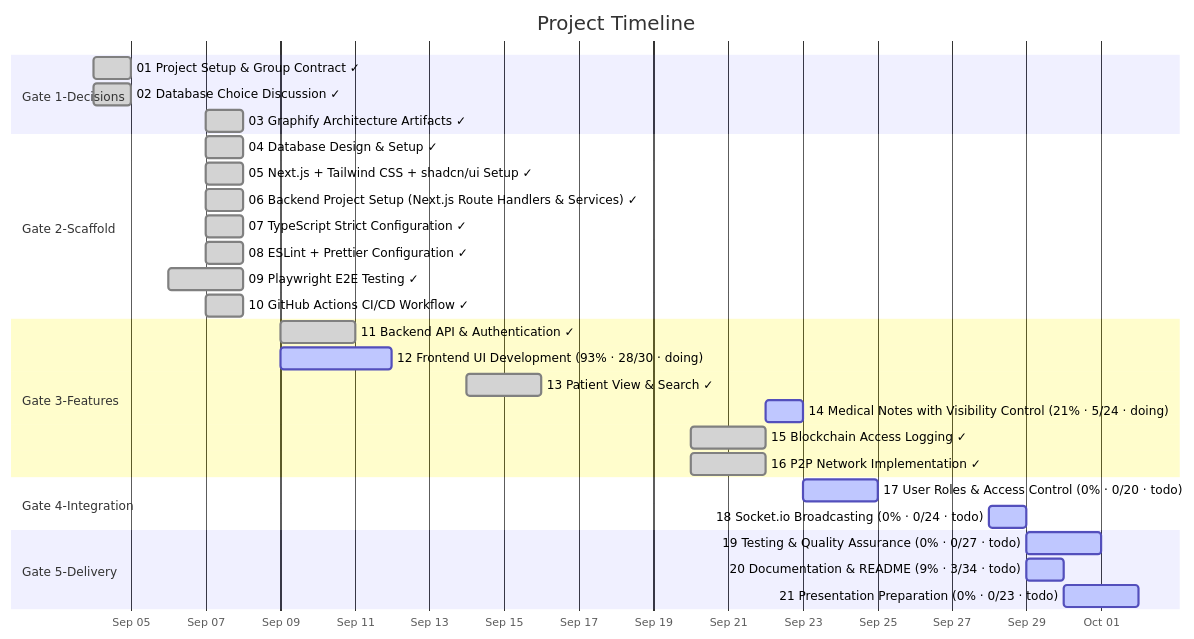
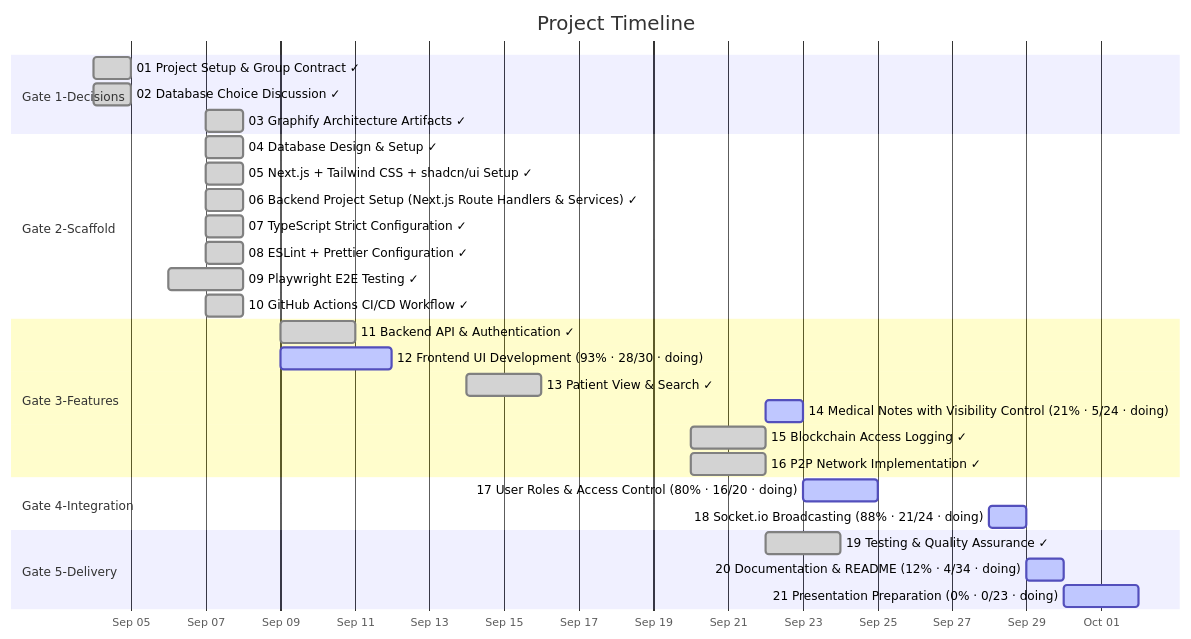
One commit to matdevstamp/inl-3-awesome-journal changed the diagram in docs/diagrams/task-gantt.md. Above: the diagram before and after it, drawn with Mermaid. The commit also changed other lines of this file and 1 other file, not shown here.

Commit message:
docs: regenerate task diagrams after status updates
Task 17 was marked DOING but the diagrams still showed it as 0% / todo
because they were generated before the merge brought in the newer task
metadata. Same for 18, 19, 20 and 21.

Regenerated with:
  python3 -m project_management plan gantt --output docs/diagrams/task-gantt.md
  python3 -m project_management plan graph --output docs/diagrams/task-dependencies.md

17: 0% -> 80% (16/20, doing)
18: 0% -> 88% (21/24, doing)
19: 0% -> done
20: 9% -> 12%
21: 0% (23 unchecked, correct: the presentation has not happened)

The pako mermaid.live links round-trip the new content, so the links and the
diagrams stay in sync.

````diff
--- a/docs/diagrams/task-gantt.md
+++ b/docs/diagrams/task-gantt.md
@@ -27,33 +27,33 @@
 ```mermaid
 gantt
     title Project Timeline
     dateFormat  YYYY-MM-DD
     axisFormat  %b %d
 
     section Gate 1-Decisions
     01 Project Setup & Group Contract ✓ : done, 2026-09-04, 1d
     02 Database Choice Discussion ✓ : done, 2026-09-04, 1d
     03 Graphify Architecture Artifacts ✓ : done, 2026-09-07, 1d
     section Gate 2-Scaffold
     04 Database Design & Setup ✓ : done, 2026-09-07, 1d
     05 Next.js + Tailwind CSS + shadcn/ui Setup ✓ : done, 2026-09-07, 1d
     06 Backend Project Setup (Next.js Route Handlers & Services) ✓ : done, 2026-09-07, 1d
     07 TypeScript Strict Configuration ✓ : done, 2026-09-07, 1d
     08 ESLint + Prettier Configuration ✓ : done, 2026-09-07, 1d
     09 Playwright E2E Testing ✓ : done, 2026-09-06, 2d
     10 GitHub Actions CI/CD Workflow ✓ : done, 2026-09-07, 1d
     section Gate 3-Features
     11 Backend API & Authentication ✓ : done, 2026-09-09, 2d
     12 Frontend UI Development (93% · 28/30 · doing) : active, 2026-09-09, 3d
     13 Patient View & Search ✓ : done, 2026-09-14, 2d
     14 Medical Notes with Visibility Control (21% · 5/24 · doing) : active, 2026-09-22, 1d
     15 Blockchain Access Logging ✓ : done, 2026-09-20, 2d
     16 P2P Network Implementation ✓ : done, 2026-09-20, 2d
     section Gate 4-Integration
-    17 User Roles & Access Control (0% · 0/20 · todo) : active, 2026-09-23, 2d
-    18 Socket.io Broadcasting (0% · 0/24 · todo) : active, 2026-09-28, 1d
+    17 User Roles & Access Control (80% · 16/20 · doing) : active, 2026-09-23, 2d
+    18 Socket.io Broadcasting (88% · 21/24 · doing) : active, 2026-09-28, 1d
     section Gate 5-Delivery
-    19 Testing & Quality Assurance (0% · 0/27 · todo) : active, 2026-09-29, 2d
-    20 Documentation & README (9% · 3/34 · todo) : active, 2026-09-29, 1d
-    21 Presentation Preparation (0% · 0/23 · todo) : active, 2026-09-30, 2d
+    19 Testing & Quality Assurance ✓ : done, 2026-09-22, 2d
+    20 Documentation & README (12% · 4/34 · doing) : active, 2026-09-29, 1d
+    21 Presentation Preparation (0% · 0/23 · doing) : active, 2026-09-30, 2d
 ```
````
